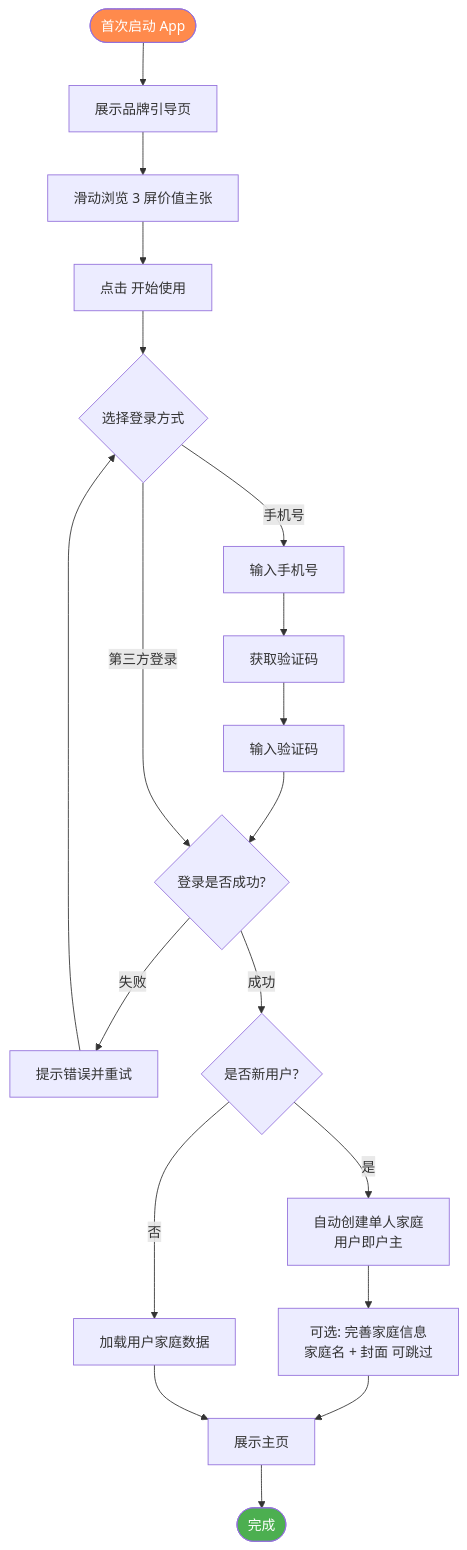
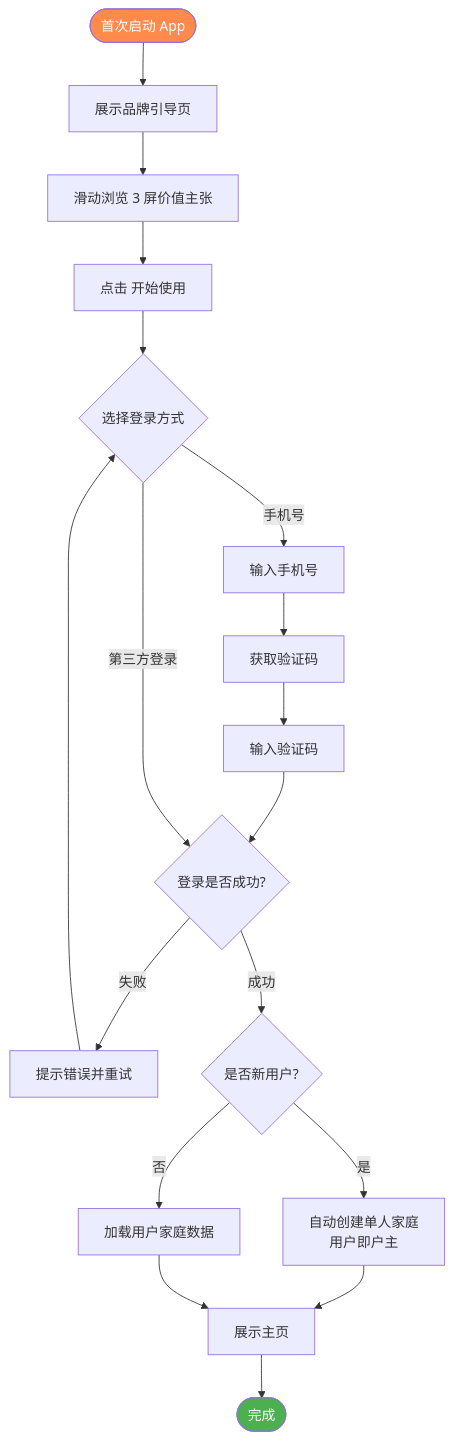
One commit to raochen0000/HomeBook changed the first of 15 diagrams in docs/PRD.md. Above: the diagram before and after it, drawn with Mermaid. The commit also changed other lines of this file and 2 other files, not shown here.

````diff
--- a/docs/PRD.md
+++ b/docs/PRD.md
@@ -100,31 +100,30 @@
 ```mermaid
 flowchart TD
     A([首次启动 App]) --> B[展示品牌引导页]
     B --> C[滑动浏览 3 屏价值主张]
     C --> D[点击 开始使用]
     D --> E{选择登录方式}
 
     E -- 手机号 --> F1[输入手机号]
     F1 --> F2[获取验证码]
     F2 --> F3[输入验证码]
     F3 --> G
 
     E -- 第三方登录 --> G
 
     G{登录是否成功?}
     G -- 失败 --> G1[提示错误并重试]
     G1 --> E
     G -- 成功 --> H{是否新用户?}
 
     H -- 是 --> I[自动创建单人家庭<br/>用户即户主]
     H -- 否 --> J[加载用户家庭数据]
 
-    I --> I2[可选: 完善家庭信息<br/>家庭名 + 封面 可跳过]
-    I2 --> K[展示主页]
+    I --> K[展示主页]
     J --> K
 
     K --> L([完成])
 
     style A fill:#FF8A4C,color:#fff
     style L fill:#4CAF50,color:#fff
 ```
````
